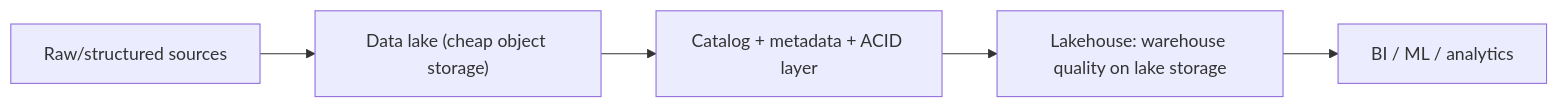
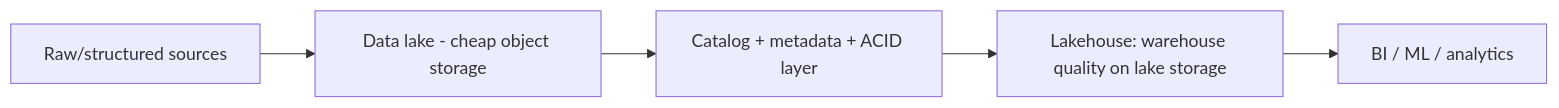
Before and after one commit to RIT-MESH/system-design-mastery: the diagram in docs/10-extreme-scale/09-lakehouse-data-mesh.md, drawn with Mermaid. The commit also changed 139 other files, not shown here.

First line of the commit message:
Fix Mermaid parse errors: replace parentheses in node labels across 140 files

````diff
--- a/docs/10-extreme-scale/09-lakehouse-data-mesh.md
+++ b/docs/10-extreme-scale/09-lakehouse-data-mesh.md
@@ -20,8 +20,8 @@
 ```mermaid
 %% created-for: system-design-mastery
 flowchart LR
-  Lake["Data lake (cheap object storage)"] --> Catalog["Catalog + metadata + ACID layer"]
+  Lake["Data lake - cheap object storage"] --> Catalog["Catalog + metadata + ACID layer"]
   Catalog --> Lakehouse["Lakehouse: warehouse quality on lake storage"]
   Sources["Raw/structured sources"] --> Lake
   Lakehouse --> BI["BI / ML / analytics"]
 ```
````
